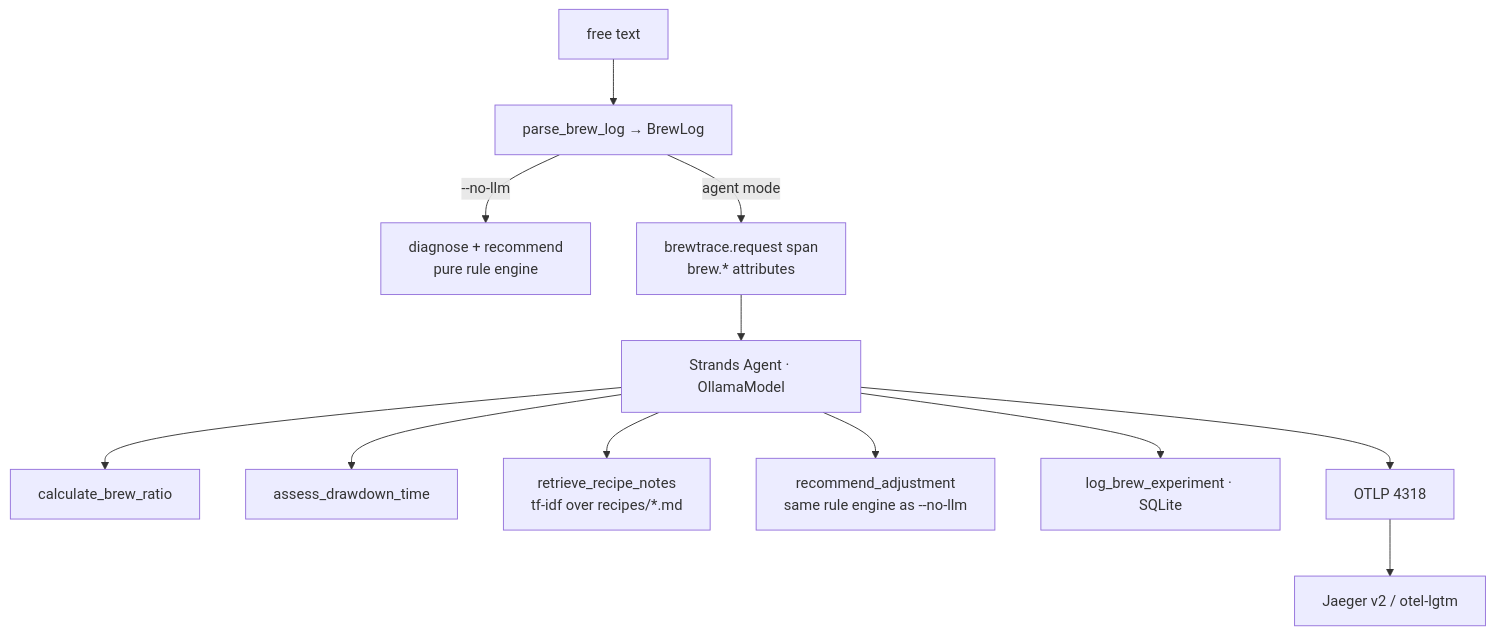
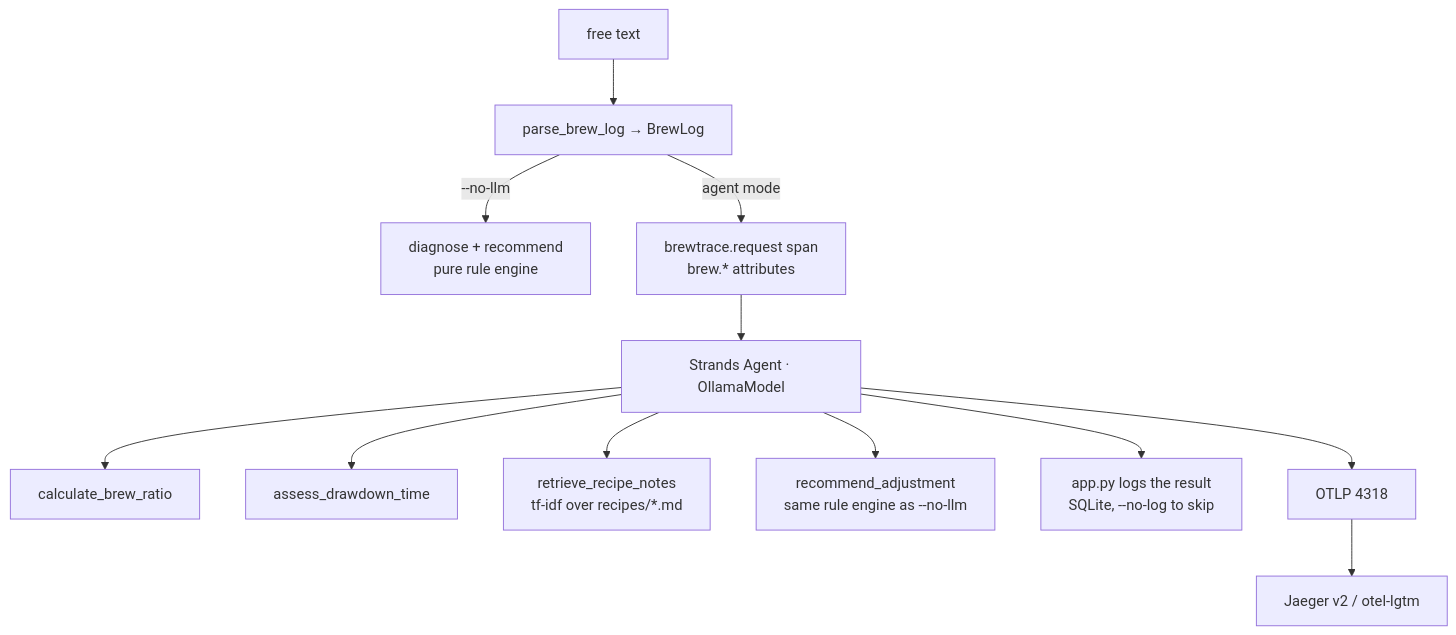
The diagram in docs/architecture.md (jman4162/brewtrace-otel-agent), drawn with Mermaid before and after one commit. The commit also changed other lines of this file and 7 other files, not shown here.

First line of the commit message:
fix: experiment log is app-level, not an agent tool; add CLI/telemetry/judge tests

````diff
--- a/docs/architecture.md
+++ b/docs/architecture.md
@@ -14,13 +14,13 @@
 ```mermaid
 flowchart TD
     A[free text] --> B[parse_brew_log → BrewLog]
     B -->|--no-llm| C[diagnose + recommend<br/>pure rule engine]
     B -->|agent mode| D[brewtrace.request span<br/>brew.* attributes]
     D --> E[Strands Agent · OllamaModel]
     E --> F[calculate_brew_ratio]
     E --> G[assess_drawdown_time]
     E --> H[retrieve_recipe_notes<br/>tf-idf over recipes/*.md]
     E --> I[recommend_adjustment<br/>same rule engine as --no-llm]
-    E --> J[log_brew_experiment · SQLite]
+    E --> J[app.py logs the result<br/>SQLite, --no-log to skip]
     E --> K[OTLP 4318] --> L[Jaeger v2 / otel-lgtm]
 ```
````
